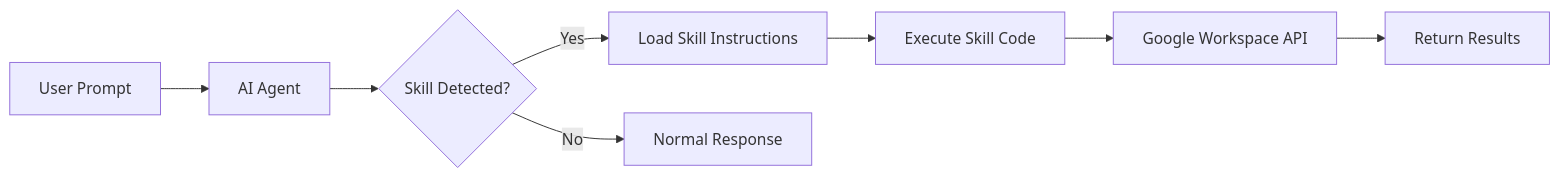
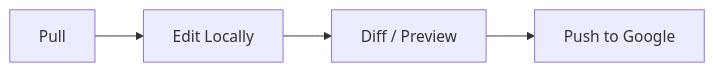
One commit to think41/extrasuite changed the diagram in website/docs/skills/index.md. Above: the diagram before and after it, drawn with Mermaid. The commit also changed other lines of this file and 27 other files, not shown here.

First line of the commit message:
Reposition ExtraSuite as declarative Google Workspace editing platform

````diff
--- a/website/docs/skills/index.md
+++ b/website/docs/skills/index.md
@@ -26,10 +30,6 @@
 ```mermaid
 graph LR
-    A[User Prompt] --> B[AI Agent]
-    B --> C{Skill Detected?}
-    C -->|Yes| D[Load Skill Instructions]
-    D --> E[Execute Skill Code]
-    E --> F[Google Workspace API]
-    F --> G[Return Results]
-    C -->|No| H[Normal Response]
+    A[Pull] --> B[Edit Locally]
+    B --> C[Diff / Preview]
+    C --> D[Push to Google]
 ```
````
